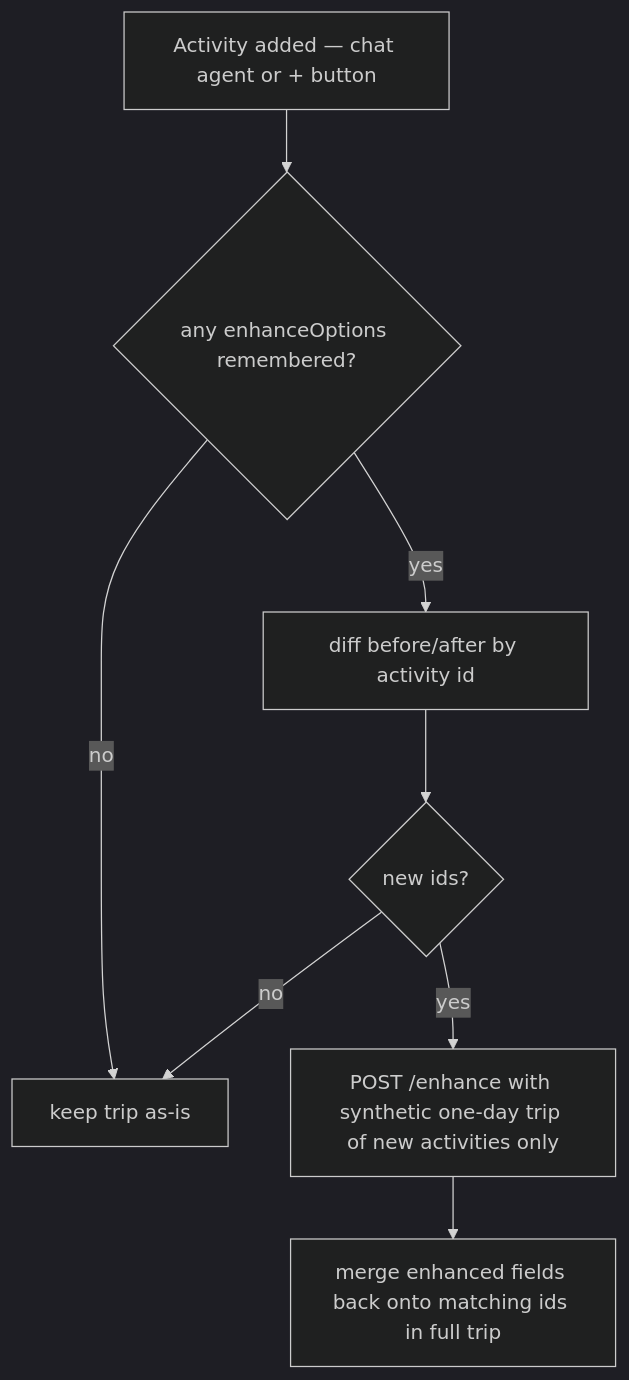
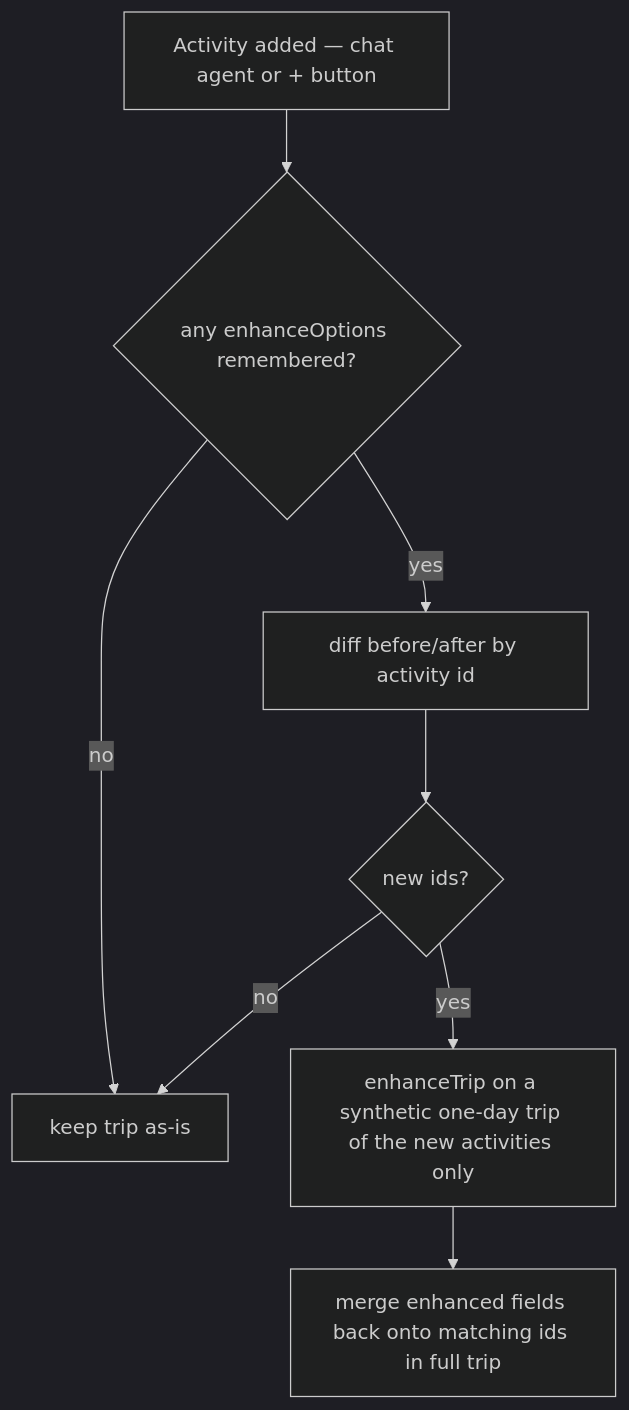
The fourth of 4 diagrams in docs/LLD.md (joka-7/AppMyTrip), drawn with Mermaid (dark theme) before and after one commit. The commit also changed other lines of this file and 170 other files, not shown here.

````diff
--- a/docs/LLD.md
+++ b/docs/LLD.md
@@ -380,10 +390,10 @@
 ```mermaid
 flowchart TD
     A[Activity added — chat agent or + button] --> B{any enhanceOptions remembered?}
     B -->|no| C[keep trip as-is]
     B -->|yes| D[diff before/after by activity id]
     D --> E{new ids?}
     E -->|no| C
-    E -->|yes| F[POST /enhance with synthetic one-day trip of new activities only]
+    E -->|yes| F[enhanceTrip on a synthetic one-day trip of the new activities only]
     F --> G[merge enhanced fields back onto matching ids in full trip]
 ```
````
